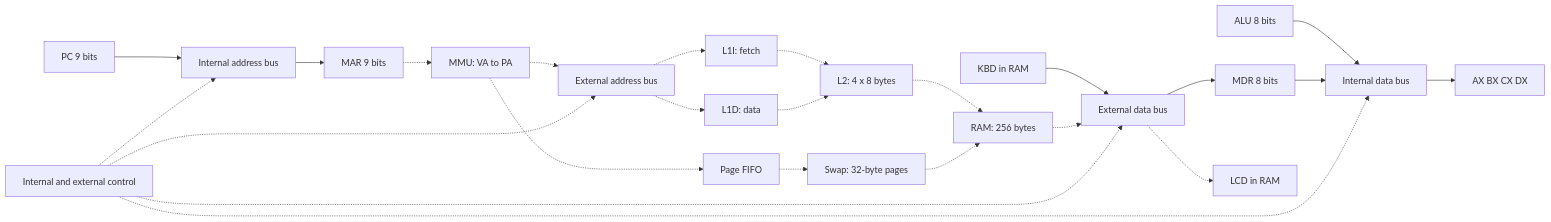
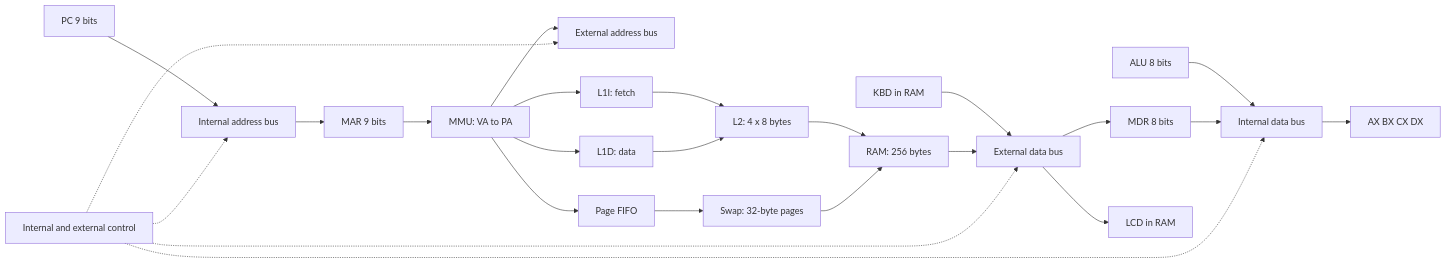
The diagram in docs/en/ARCHITECTURE_ISA.md (cristiancarvajal22/arquitectura-parcial2), drawn with Mermaid before and after one commit. The commit also changed other lines of this file and 5 other files, not shown here.

````diff
--- a/docs/en/ARCHITECTURE_ISA.md
+++ b/docs/en/ARCHITECTURE_ISA.md
@@ -26,22 +31,22 @@
 ```mermaid
 flowchart LR
   PC[PC 9 bits] --> IA[Internal address bus] --> MAR[MAR 9 bits]
   ALU[ALU 8 bits] --> ID[Internal data bus] --> REG[AX BX CX DX]
   KBD[KBD in RAM] --> ED[External data bus] --> MDR[MDR 8 bits] --> ID
-  MAR -.-> MMU[MMU: VA to PA]
-  MMU -.-> EA[External address bus]
-  EA -.-> L1I[L1I: fetch]
-  EA -.-> L1D[L1D: data]
-  L1I -.-> L2[L2: 4 x 8 bytes]
-  L1D -.-> L2
-  L2 -.-> RAM[RAM: 256 bytes]
-  RAM -.-> ED
-  ED -.-> LCD[LCD in RAM]
-  MMU -.-> FIFO[Page FIFO]
-  FIFO -.-> SWAP[Swap: 32-byte pages]
-  SWAP -.-> RAM
+  MAR --> MMU[MMU: VA to PA]
+  MMU --> EA[External address bus]
+  MMU --> L1I[L1I: fetch]
+  MMU --> L1D[L1D: data]
+  L1I --> L2[L2: 4 x 8 bytes]
+  L1D --> L2
+  L2 --> RAM[RAM: 256 bytes]
+  RAM --> ED
+  ED --> LCD[LCD in RAM]
+  MMU --> FIFO[Page FIFO]
+  FIFO --> SWAP[Swap: 32-byte pages]
+  SWAP --> RAM
   CU[Internal and external control] -.-> IA
   CU -.-> ID
   CU -.-> ED
   CU -.-> EA
 ```
````
